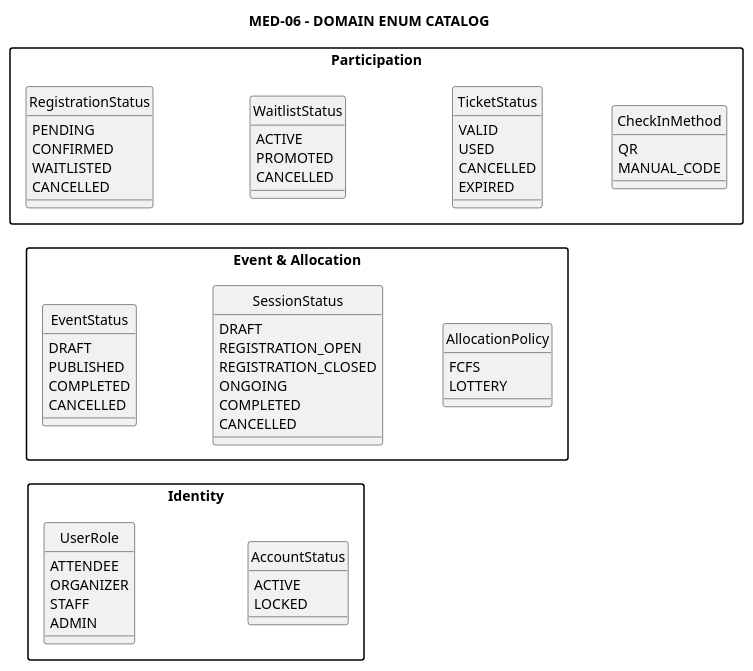
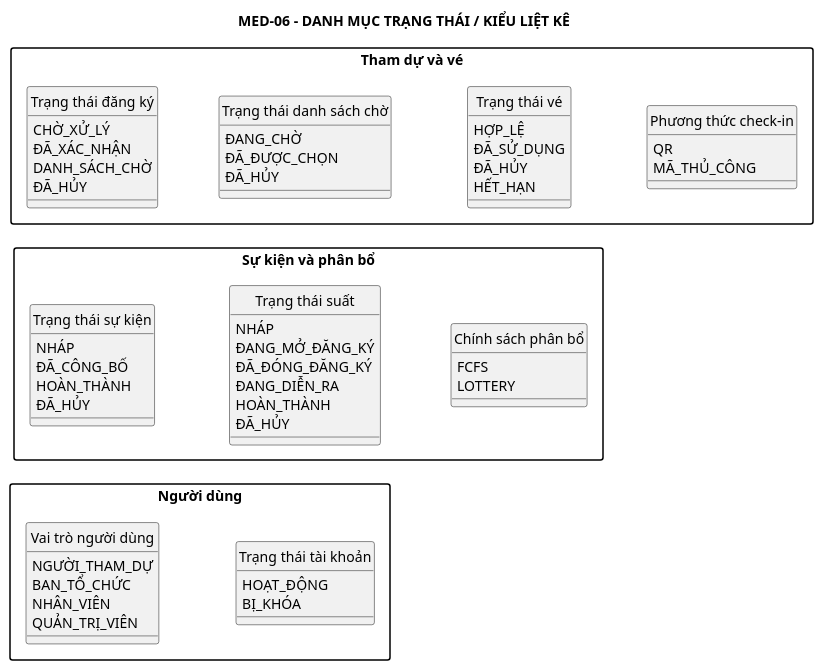
The diagram in PTTK/02_DomainModel/02-domain-status-enums.puml (anh632k-ui/OOP-DoAn), drawn with PlantUML before and after one commit.

Commit message:
docs(tv): Việt hóa trạng thái miền

```diff
--- a/PTTK/02_DomainModel/02-domain-status-enums.puml
+++ b/PTTK/02_DomainModel/02-domain-status-enums.puml
@@ -1,76 +1,75 @@
 @startuml
 left to right direction
 skinparam monochrome true
 skinparam shadowing false
 skinparam defaultFontSize 14
 skinparam packageStyle rectangle
 skinparam classAttributeIconSize 0
 hide circle
 
-title MED-06 - DOMAIN ENUM CATALOG
+title MED-06 - DANH MỤC TRẠNG THÁI / KIỂU LIỆT KÊ
 
-package "Identity" {
-  enum UserRole {
-    ATTENDEE
-    ORGANIZER
-    STAFF
-    ADMIN
+package "Người dùng" {
+  enum "Vai trò người dùng" as VaiTroNguoiDung {
+    NGƯỜI_THAM_DỰ
+    BAN_TỔ_CHỨC
+    NHÂN_VIÊN
+    QUẢN_TRỊ_VIÊN
   }
-  enum AccountStatus {
-    ACTIVE
-    LOCKED
+  enum "Trạng thái tài khoản" as TrangThaiTaiKhoan {
+    HOẠT_ĐỘNG
+    BỊ_KHÓA
   }
-  UserRole -[hidden]down- AccountStatus
+  VaiTroNguoiDung -[hidden]down- TrangThaiTaiKhoan
 }
 
-package "Event & Allocation" {
-  enum EventStatus {
-    DRAFT
-    PUBLISHED
-    COMPLETED
-    CANCELLED
+package "Sự kiện và phân bổ" {
+  enum "Trạng thái sự kiện" as TrangThaiSuKien {
+    NHÁP
+    ĐÃ_CÔNG_BỐ
+    HOÀN_THÀNH
+    ĐÃ_HỦY
   }
-  enum SessionStatus {
-    DRAFT
-    REGISTRATION_OPEN
-    REGISTRATION_CLOSED
-    ONGOING
-    COMPLETED
-    CANCELLED
+  enum "Trạng thái suất" as TrangThaiSuat {
+    NHÁP
+    ĐANG_MỞ_ĐĂNG_KÝ
+    ĐÃ_ĐÓNG_ĐĂNG_KÝ
+    ĐANG_DIỄN_RA
+    HOÀN_THÀNH
+    ĐÃ_HỦY
   }
-  enum AllocationPolicy {
+  enum "Chính sách phân bổ" as ChinhSachPhanBo {
     FCFS
     LOTTERY
   }
-  EventStatus -[hidden]down- SessionStatus
-  SessionStatus -[hidden]down- AllocationPolicy
+  TrangThaiSuKien -[hidden]down- TrangThaiSuat
+  TrangThaiSuat -[hidden]down- ChinhSachPhanBo
 }
 
-package "Participation" {
-  enum RegistrationStatus {
-    PENDING
-    CONFIRMED
-    WAITLISTED
-    CANCELLED
+package "Tham dự và vé" {
+  enum "Trạng thái đăng ký" as TrangThaiDangKy {
+    CHỜ_XỬ_LÝ
+    ĐÃ_XÁC_NHẬN
+    DANH_SÁCH_CHỜ
+    ĐÃ_HỦY
   }
-  enum WaitlistStatus {
-    ACTIVE
-    PROMOTED
-    CANCELLED
+  enum "Trạng thái danh sách chờ" as TrangThaiDanhSachCho {
+    ĐANG_CHỜ
+    ĐÃ_ĐƯỢC_CHỌN
+    ĐÃ_HỦY
   }
-  enum TicketStatus {
-    VALID
-    USED
-    CANCELLED
-    EXPIRED
+  enum "Trạng thái vé" as TrangThaiVe {
+    HỢP_LỆ
+    ĐÃ_SỬ_DỤNG
+    ĐÃ_HỦY
+    HẾT_HẠN
   }
-  enum CheckInMethod {
+  enum "Phương thức check-in" as PhuongThucCheckIn {
     QR
-    MANUAL_CODE
+    MÃ_THỦ_CÔNG
   }
-  RegistrationStatus -[hidden]down- WaitlistStatus
-  WaitlistStatus -[hidden]down- TicketStatus
-  TicketStatus -[hidden]down- CheckInMethod
+  TrangThaiDangKy -[hidden]down- TrangThaiDanhSachCho
+  TrangThaiDanhSachCho -[hidden]down- TrangThaiVe
+  TrangThaiVe -[hidden]down- PhuongThucCheckIn
 }
-
 @enduml
```
